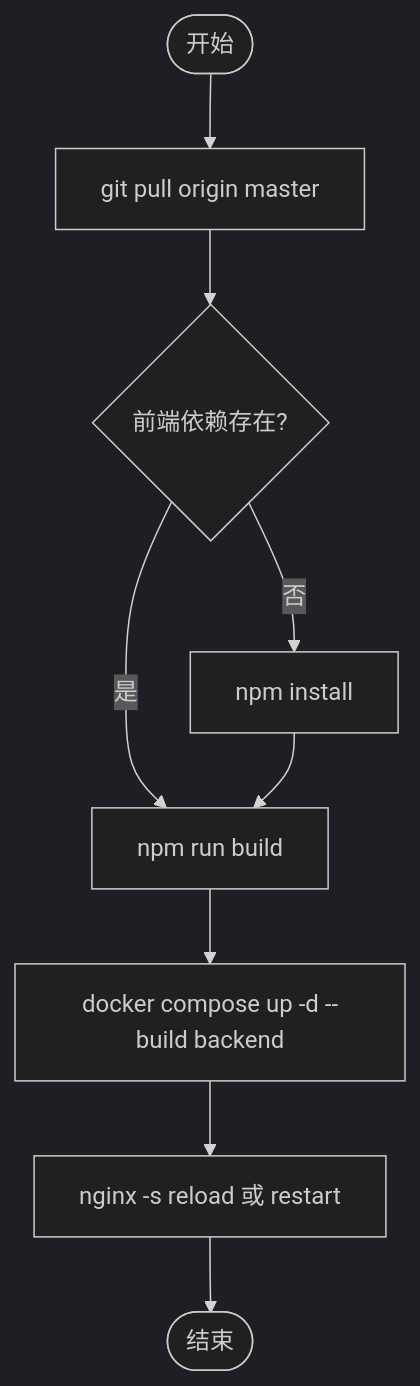
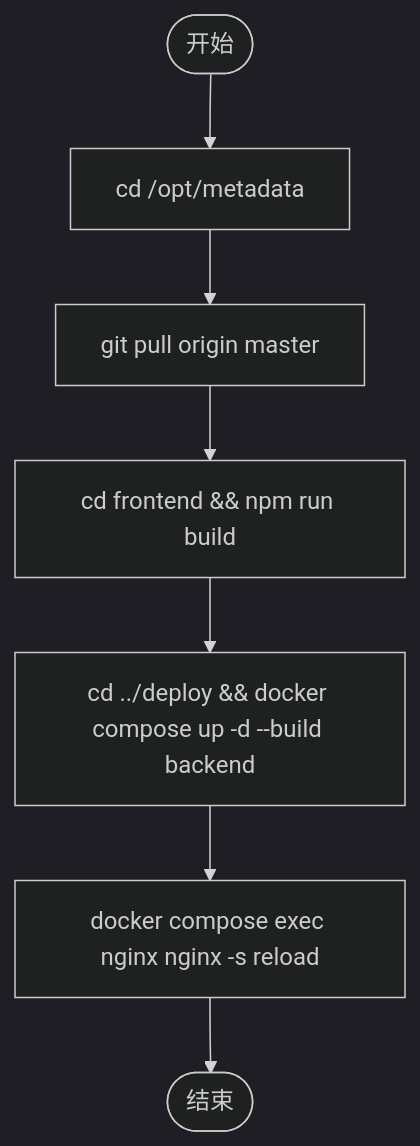
One commit to zyp-coder/Metadata changed the fourth of 5 diagrams in .qoder/repowiki/zh/content/部署配置/部署自动化.md. Above: the diagram before and after it, drawn with Mermaid (dark theme). The commit also changed other lines of this file and 31 other files, not shown here.

````diff
--- a/.qoder/repowiki/zh/content/部署配置/部署自动化.md
+++ b/.qoder/repowiki/zh/content/部署配置/部署自动化.md
@@ -151,11 +160,9 @@
 ```mermaid
 flowchart TD
-Start(["开始"]) --> Pull["git pull origin master"]
-Pull --> BuildFE{"前端依赖存在?"}
-BuildFE --> |否| Install["npm install"]
-BuildFE --> |是| RunBuild["npm run build"]
-Install --> RunBuild
-RunBuild --> RebuildBE["docker compose up -d --build backend"]
-RebuildBE --> ReloadNGINX["nginx -s reload 或 restart"]
+Start(["开始"]) --> CD["cd /opt/metadata"]
+CD --> Pull["git pull origin master"]
+Pull --> BuildFE["cd frontend && npm run build"]
+BuildFE --> RebuildBE["cd ../deploy && docker compose up -d --build backend"]
+RebuildBE --> ReloadNGINX["docker compose exec nginx nginx -s reload"]
 ReloadNGINX --> End(["结束"])
 ```
````
